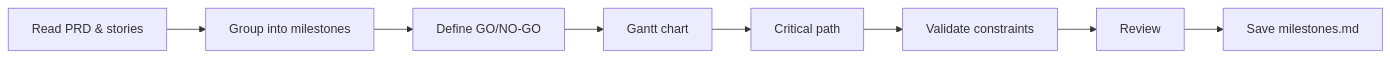
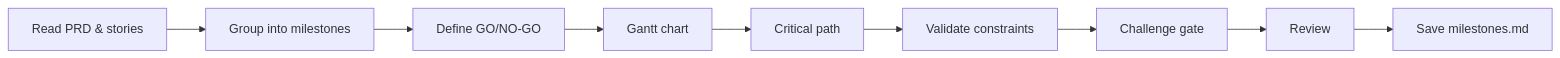
Before and after one commit to ai-driven-dev/framework: the diagram in skills/architecture-milestones/SKILL.md, drawn with Mermaid. The commit also changed other lines of this file and 22 other files, not shown here.

````diff
--- a/skills/architecture-milestones/SKILL.md
+++ b/skills/architecture-milestones/SKILL.md
@@ -31,4 +32,4 @@
 ```mermaid
 flowchart LR
-    A[Read PRD & stories] --> B[Group into milestones] --> C[Define GO/NO-GO] --> D[Gantt chart] --> E[Critical path] --> F[Validate constraints] --> G[Review] --> H[Save milestones.md]
+    A[Read PRD & stories] --> B[Group into milestones] --> C[Define GO/NO-GO] --> D[Gantt chart] --> E[Critical path] --> F[Validate constraints] --> G[Challenge gate] --> H[Review] --> I[Save milestones.md]
 ```
````
